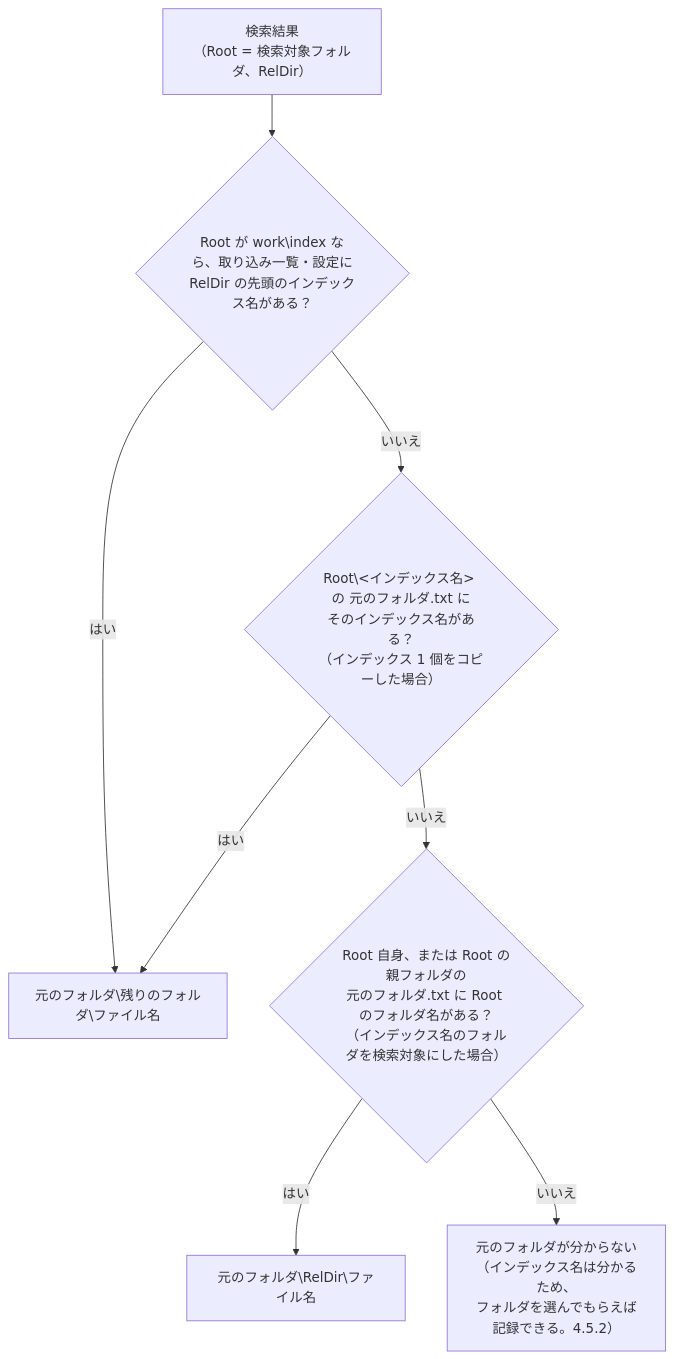
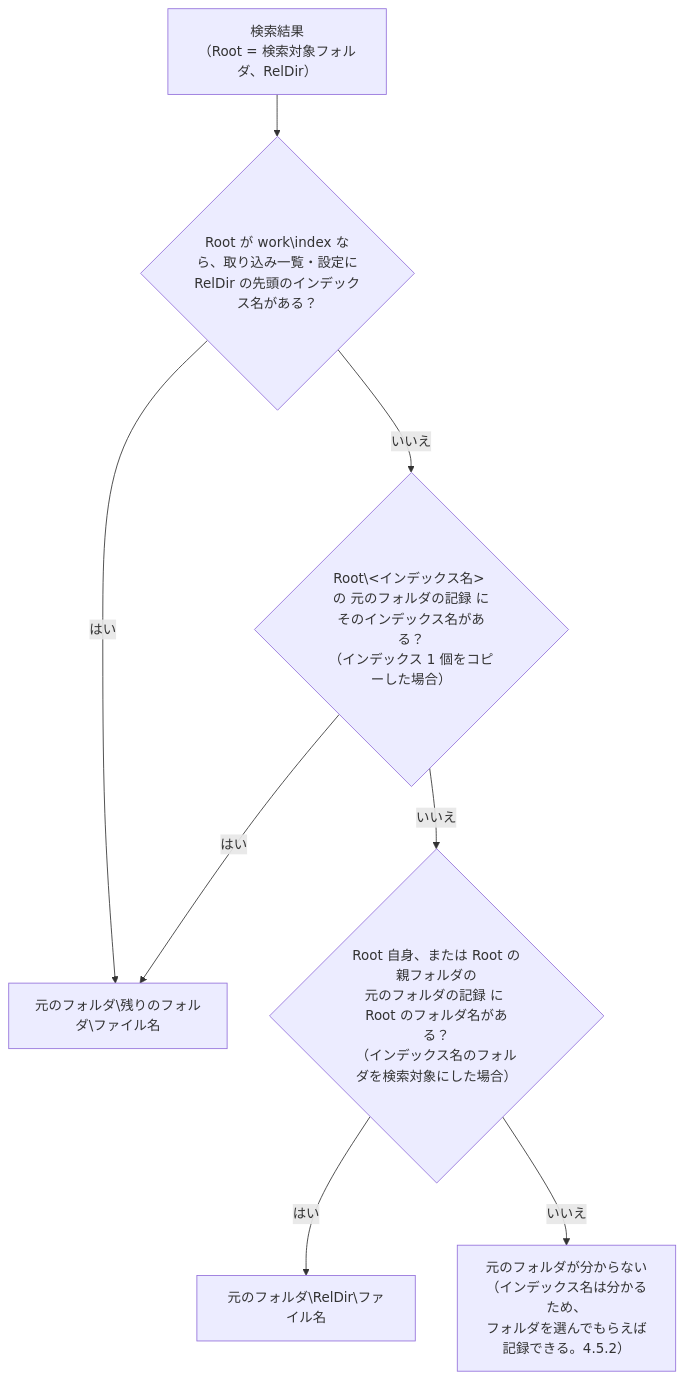
One commit to hsgwa/tebunko changed the first of 3 diagrams in docs/design/gui/search-tab.md. Above: the diagram before and after it, drawn with Mermaid. The commit also changed other lines of this file and 27 other files, not shown here.

````diff
--- a/docs/design/gui/search-tab.md
+++ b/docs/design/gui/search-tab.md
@@ -122,10 +122,10 @@
 ```mermaid
 flowchart TD
     A["検索結果<br>（Root = 検索対象フォルダ、RelDir）"] --> B{"Root が work\index なら、取り込み一覧・設定に<br>RelDir の先頭のインデックス名がある？"}
     B -- はい --> K["元のフォルダ\残りのフォルダ\ファイル名"]
-    B -- いいえ --> B2{"Root\#lt;インデックス名#gt; の 元のフォルダ.txt に<br>そのインデックス名がある？<br>（インデックス 1 個をコピーした場合）"}
+    B -- いいえ --> B2{"Root\#lt;インデックス名#gt; の 元のフォルダの記録 に<br>そのインデックス名がある？<br>（インデックス 1 個をコピーした場合）"}
     B2 -- はい --> K
-    B2 -- いいえ --> C{"Root 自身、または Root の親フォルダの<br>元のフォルダ.txt に Root のフォルダ名がある？<br>（インデックス名のフォルダを検索対象にした場合）"}
+    B2 -- いいえ --> C{"Root 自身、または Root の親フォルダの<br>元のフォルダの記録 に Root のフォルダ名がある？<br>（インデックス名のフォルダを検索対象にした場合）"}
     C -- はい --> K2["元のフォルダ\RelDir\ファイル名"]
     C -- いいえ --> U["元のフォルダが分からない<br>（インデックス名は分かるため、<br>フォルダを選んでもらえば記録できる。4.5.2）"]
 ```
````
